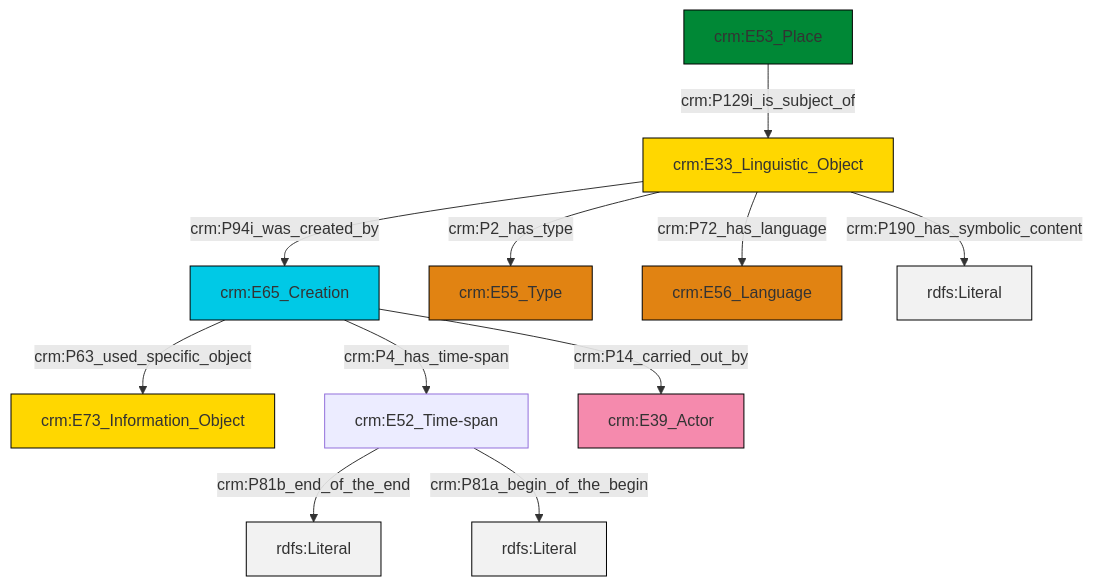
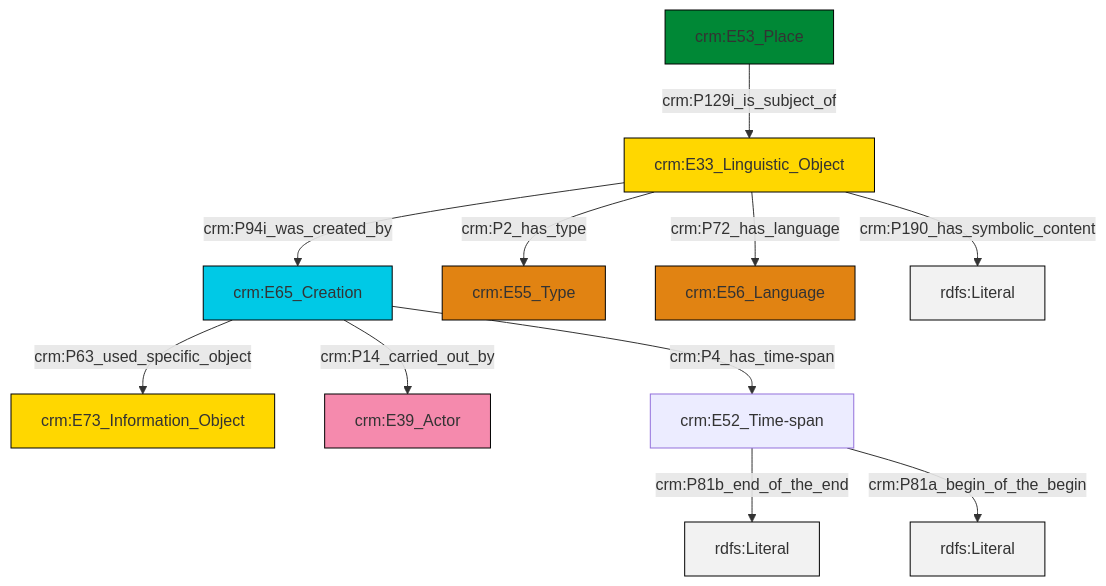
One commit to swiss-art-research-net/reference-data-models changed the diagram in et/placeCSV/ttl/mmd/place_description.ttl.mmd. Above: the diagram before and after it, drawn with Mermaid. The commit also changed 128 other files, not shown here.

```diff
--- a/et/placeCSV/ttl/mmd/place_description.ttl.mmd
+++ b/et/placeCSV/ttl/mmd/place_description.ttl.mmd
@@ -1,25 +1,25 @@
 graph TD
 classDef Literal fill:#f2f2f2,stroke:#000000;
 classDef CRM_Entity fill:#FFFFFF,stroke:#000000;
 classDef Temporal_Entity fill:#00C9E6, stroke:#000000;
 classDef Type fill:#E18312, stroke:#000000;
 classDef Time-Span fill:#2C9C91, stroke:#000000;
 classDef Appellation fill:#FFEB7F, stroke:#000000;
 classDef Place fill:#008836, stroke:#000000;
 classDef Persistent_Item fill:#B266B2, stroke:#000000;
 classDef Conceptual_Object fill:#FFD700, stroke:#000000;
 classDef Physical_Thing fill:#D2B48C, stroke:#000000;
 classDef Actor fill:#f58aad, stroke:#000000;
 classDef PC_Classes fill:#4ce600, stroke:#000000;
 classDef Multi fill:#cccccc,stroke:#000000;
 
-0["crm:E65_Creation"]:::Temporal_Entity -->|crm:P63_used_specific_object| 1["crm:E73_Information_Object"]:::Conceptual_Object
-2["crm:E33_Linguistic_Object"]:::Conceptual_Object -->|crm:P2_has_type| 3["crm:E55_Type"]:::Type
-2["crm:E33_Linguistic_Object"]:::Conceptual_Object -->|crm:P94i_was_created_by| 0["crm:E65_Creation"]:::Temporal_Entity
-4["crm:E52_Time-span"]:::Default -->|crm:P81b_end_of_the_end| 5[rdfs:Literal]:::Literal
-7["crm:E53_Place"]:::Place -->|crm:P129i_is_subject_of| 2["crm:E33_Linguistic_Object"]:::Conceptual_Object
-0["crm:E65_Creation"]:::Temporal_Entity -->|crm:P14_carried_out_by| 8["crm:E39_Actor"]:::Actor
-2["crm:E33_Linguistic_Object"]:::Conceptual_Object -->|crm:P72_has_language| 10["crm:E56_Language"]:::Type
-0["crm:E65_Creation"]:::Temporal_Entity -->|crm:P4_has_time-span| 4["crm:E52_Time-span"]:::Default
-4["crm:E52_Time-span"]:::Default -->|crm:P81a_begin_of_the_begin| 15[rdfs:Literal]:::Literal
-2["crm:E33_Linguistic_Object"]:::Conceptual_Object -->|crm:P190_has_symbolic_content| 18[rdfs:Literal]:::Literal
+0["crm:E33_Linguistic_Object"]:::Conceptual_Object -->|crm:P94i_was_created_by| 2["crm:E65_Creation"]:::Temporal_Entity
+2["crm:E65_Creation"]:::Temporal_Entity -->|crm:P14_carried_out_by| 6["crm:E39_Actor"]:::Actor
+8["crm:E53_Place"]:::Place -->|crm:P129i_is_subject_of| 0["crm:E33_Linguistic_Object"]:::Conceptual_Object
+2["crm:E65_Creation"]:::Temporal_Entity -->|crm:P63_used_specific_object| 4["crm:E73_Information_Object"]:::Conceptual_Object
+9["crm:E52_Time-span"]:::Default -->|crm:P81b_end_of_the_end| 10[rdfs:Literal]:::Literal
+9["crm:E52_Time-span"]:::Default -->|crm:P81a_begin_of_the_begin| 11[rdfs:Literal]:::Literal
+0["crm:E33_Linguistic_Object"]:::Conceptual_Object -->|crm:P2_has_type| 12["crm:E55_Type"]:::Type
+0["crm:E33_Linguistic_Object"]:::Conceptual_Object -->|crm:P72_has_language| 13["crm:E56_Language"]:::Type
+2["crm:E65_Creation"]:::Temporal_Entity -->|crm:P4_has_time-span| 9["crm:E52_Time-span"]:::Default
+0["crm:E33_Linguistic_Object"]:::Conceptual_Object -->|crm:P190_has_symbolic_content| 17[rdfs:Literal]:::Literal
```
